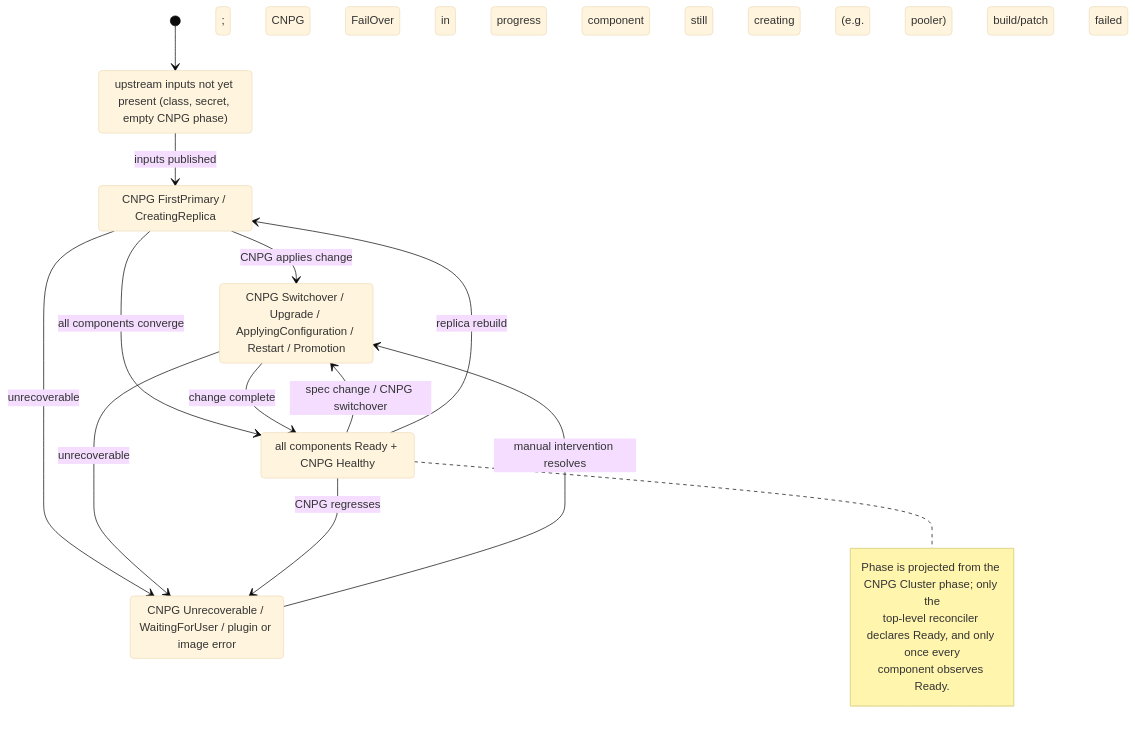
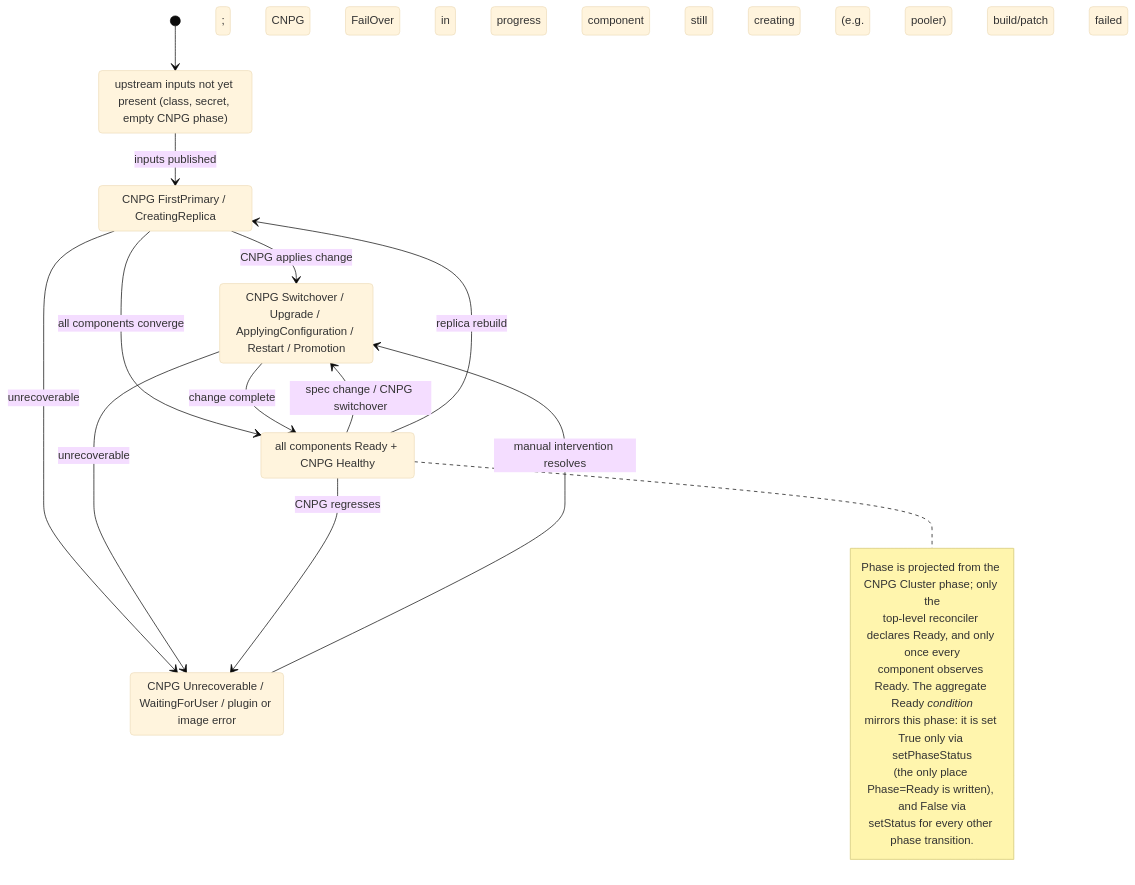
The fourth of 5 diagrams in docs/postgresql/architecture-overview.md (splunk/splunk-operator), drawn with Mermaid (base theme) before and after one commit. The commit also changed other lines of this file and 11 other files, not shown here.

Commit message:
CPI-2016: Add synthetic Ready condition to PostgresDatabase and PostgresCluster

````diff
--- a/docs/postgresql/architecture-overview.md
+++ b/docs/postgresql/architecture-overview.md
@@ -196,27 +207,30 @@
 ```mermaid
 stateDiagram-v2
     [*] --> Pending
 
     Pending: upstream inputs not yet present (class, secret, empty CNPG phase); CNPG FailOver in progress
     Provisioning: CNPG FirstPrimary / CreatingReplica; component still creating (e.g. pooler)
     Configuring: CNPG Switchover / Upgrade / ApplyingConfiguration / Restart / Promotion
     Ready: all components Ready + CNPG Healthy
     Failed: CNPG Unrecoverable / WaitingForUser / plugin or image error; build/patch failed
 
     Pending --> Provisioning: inputs published
     Provisioning --> Configuring: CNPG applies change
     Provisioning --> Ready: all components converge
     Configuring --> Ready: change complete
     Ready --> Configuring: spec change / CNPG switchover
     Ready --> Provisioning: replica rebuild
     Provisioning --> Failed: unrecoverable
     Configuring --> Failed: unrecoverable
     Ready --> Failed: CNPG regresses
     Failed --> Configuring: manual intervention resolves
 
     note right of Ready
         Phase is projected from the CNPG Cluster phase; only the
         top-level reconciler declares Ready, and only once every
-        component observes Ready.
+        component observes Ready. The aggregate Ready *condition*
+        mirrors this phase: it is set True only via setPhaseStatus
+        (the only place Phase=Ready is written), and False via
+        setStatus for every other phase transition.
     end note
 ```
````
